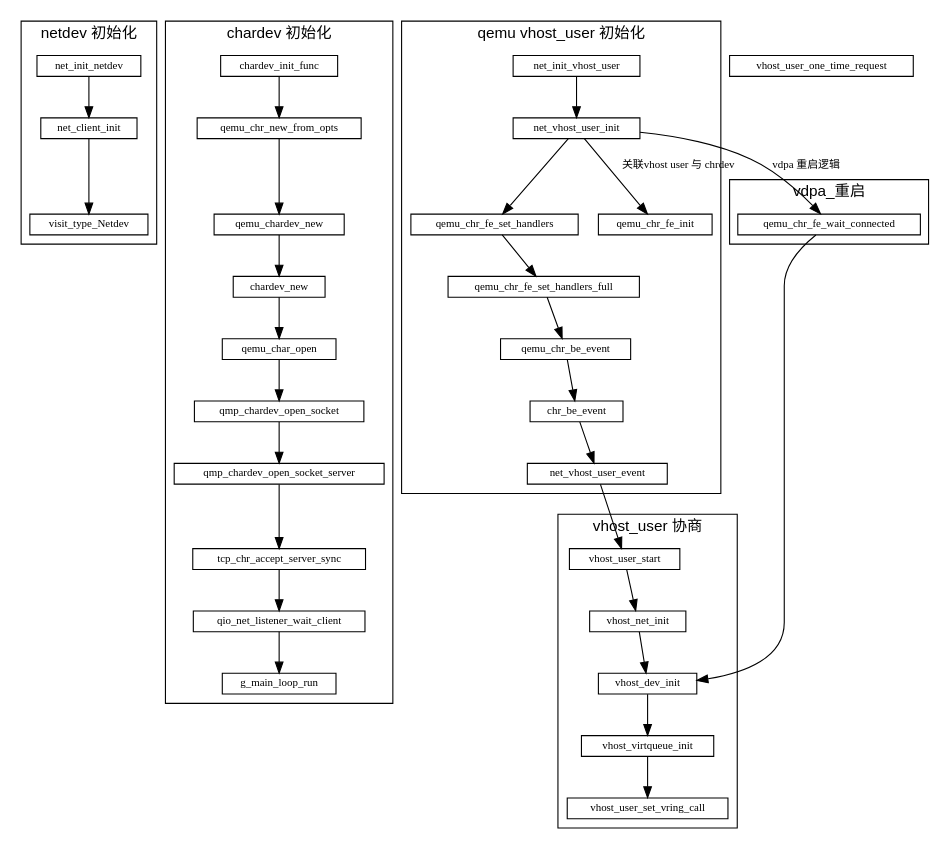
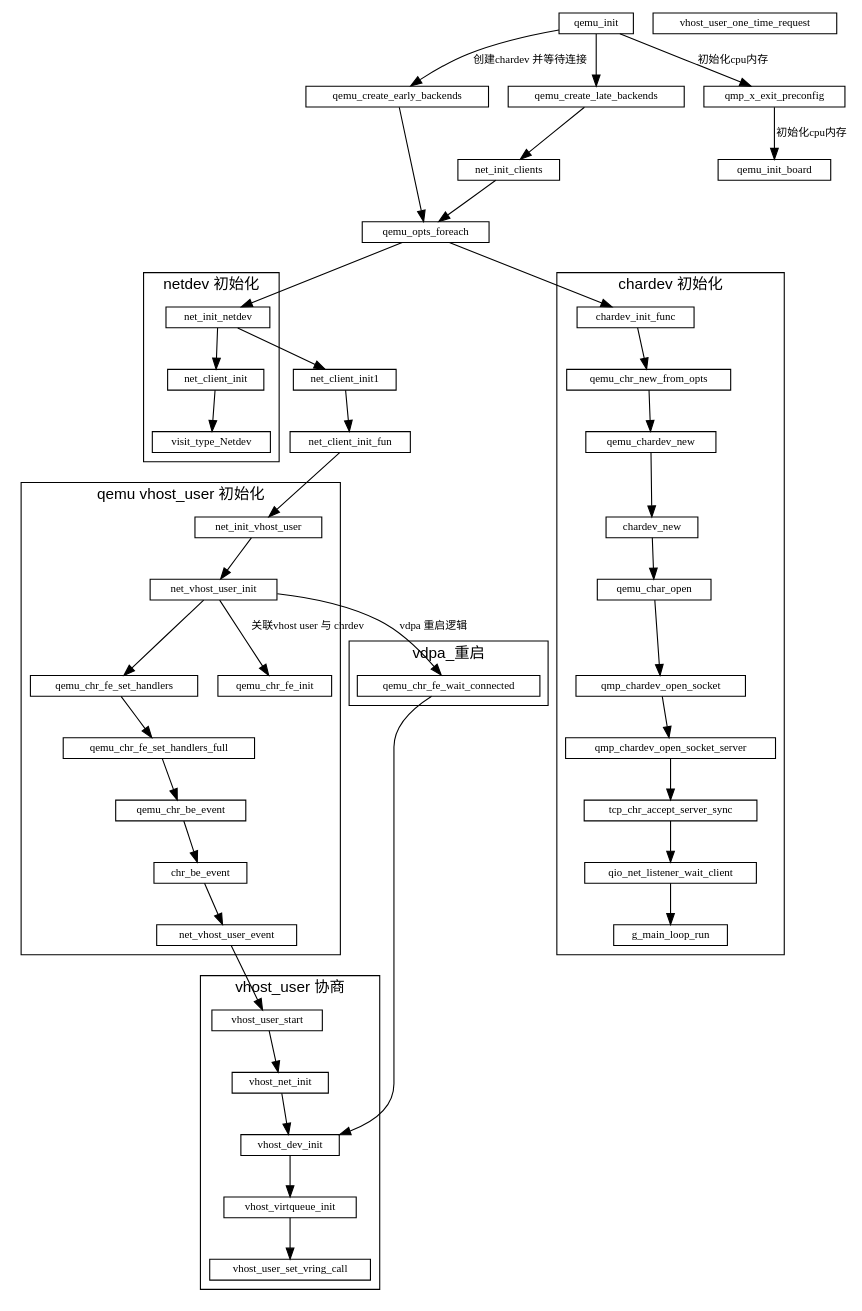
One commit to sisyphus1212/note changed the diagram in qemu/qemu初始化.md. Above: the diagram before and after it, drawn with Graphviz.

Commit message:
auto_update

```diff
--- a/qemu/qemu初始化.md
+++ b/qemu/qemu初始化.md
@@ -72,6 +72,22 @@
                             -> vhost_dev_init
     }
 
+    qemu_init -> qemu_create_early_backends[label="创建chardev 并等待连接"]
+                 qemu_create_early_backends
+              -> qemu_opts_foreach
+              -> chardev_init_func
+
+    qemu_init -> qemu_create_late_backends
+              -> net_init_clients
+              -> qemu_opts_foreach
+              -> net_init_netdev
+              -> net_client_init1
+              -> net_client_init_fun
+              -> net_init_vhost_user
+
+    qemu_init -> qmp_x_exit_preconfig
+              -> qemu_init_board[label="初始化cpu内存"]
+
     vhost_dev_init
 
     net_vhost_user_event
```
